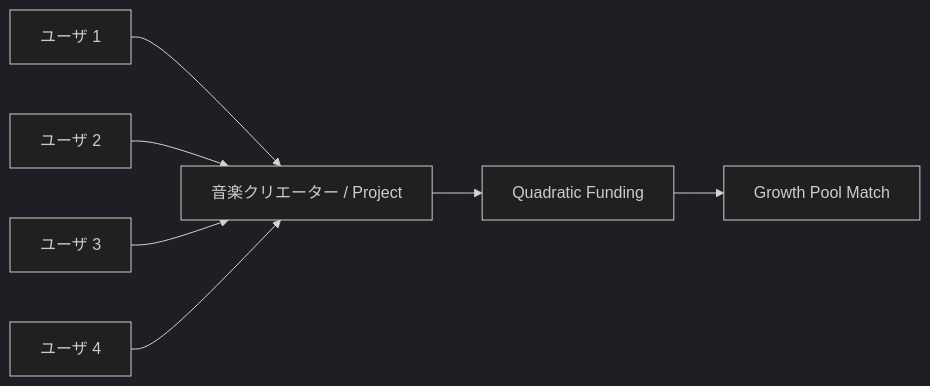
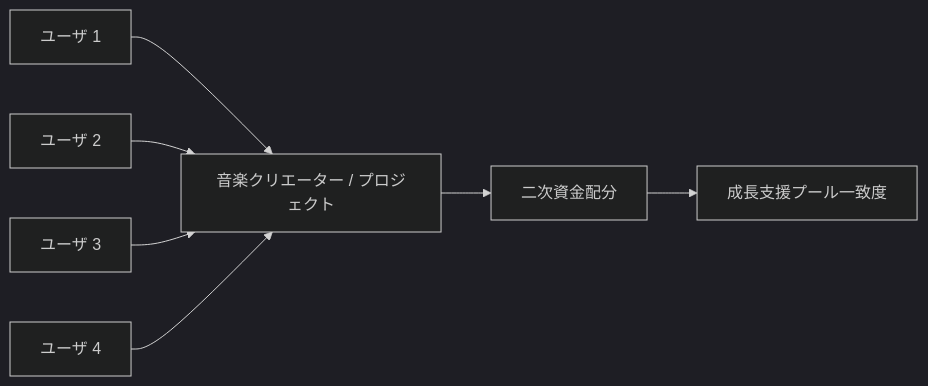
One commit to ShigeichiroYamasaki/creator-first-platform changed the eighth of 27 diagrams in docs/whitepaper/06-economics-mathjax.md. Above: the diagram before and after it, drawn with Mermaid (dark theme). The commit also changed other lines of this file and 72 other files, not shown here.

````diff
--- a/docs/whitepaper/06-economics-mathjax.md
+++ b/docs/whitepaper/06-economics-mathjax.md
@@ -480,10 +480,10 @@
 ```mermaid
 flowchart LR
-    U1[ユーザ 1] --> P[音楽クリエーター / Project]
+    U1[ユーザ 1] --> P[音楽クリエーター / プロジェクト]
     U2[ユーザ 2] --> P
     U3[ユーザ 3] --> P
     U4[ユーザ 4] --> P
 
-    P --> QF[Quadratic Funding]
-    QF --> MATCH[Growth Pool Match]
+    P --> QF[二次資金配分]
+    QF --> MATCH[成長支援プール一致度]
 ```
````
